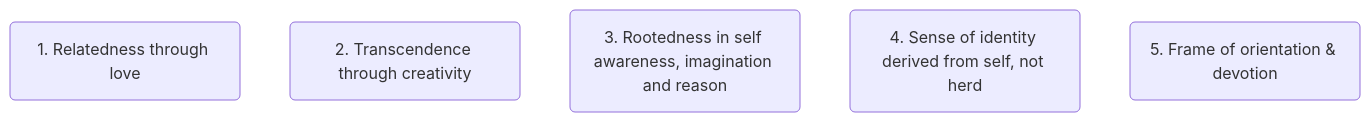
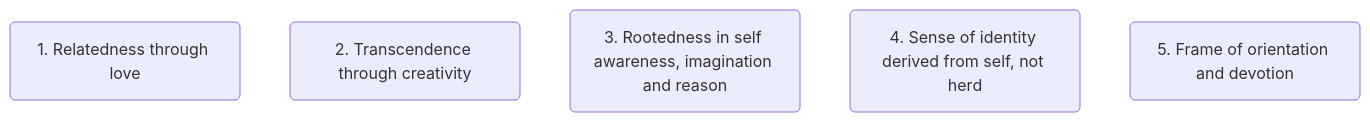
Before and after one commit to samratkar/samratkar.github.io: the diagram in _posts/books/psych/the-sane-society/2026-02-14-the-needs-of-man.md, drawn with Mermaid. The commit also changed other lines of this file, not shown here.

Commit message:
changed the html tag for mermaid

````diff
--- a/_posts/books/psych/the-sane-society/2026-02-14-the-needs-of-man.md
+++ b/_posts/books/psych/the-sane-society/2026-02-14-the-needs-of-man.md
@@ -14,8 +15,8 @@
-```mermaid
+<div class="mermaid">
 graph TD
     A(1. Relatedness through love)
     B(2. Transcendence through creativity)
     C(3. Rootedness in self awareness, imagination and reason)
     D(4. Sense of identity derived from self, not herd)
-    E(5. Frame of orientation & devotion)
-```
+    E(5. Frame of orientation and devotion)
+</div>
````
